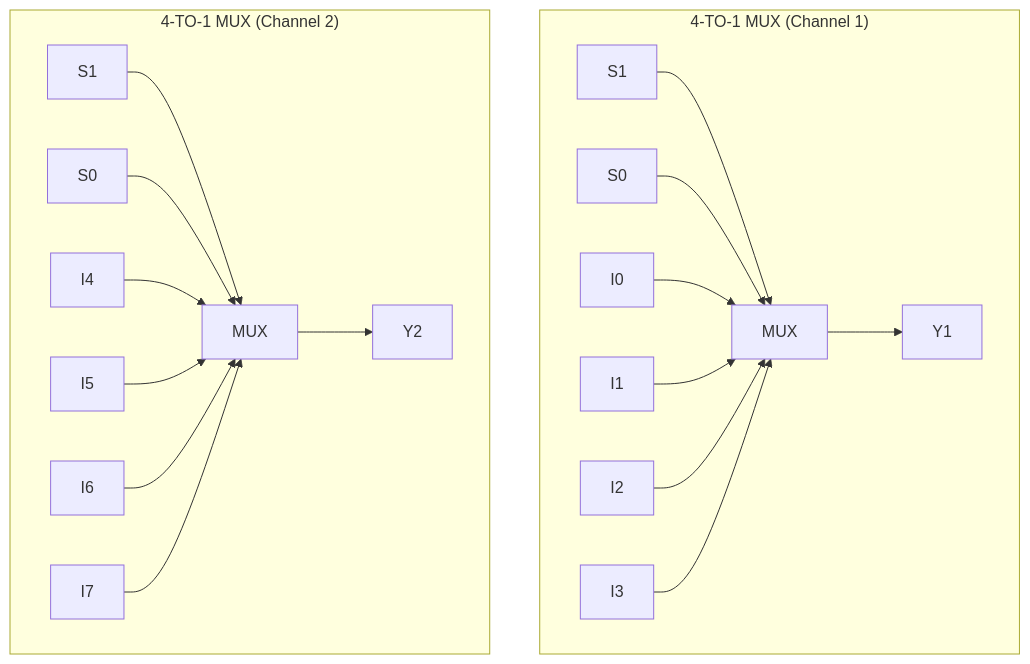
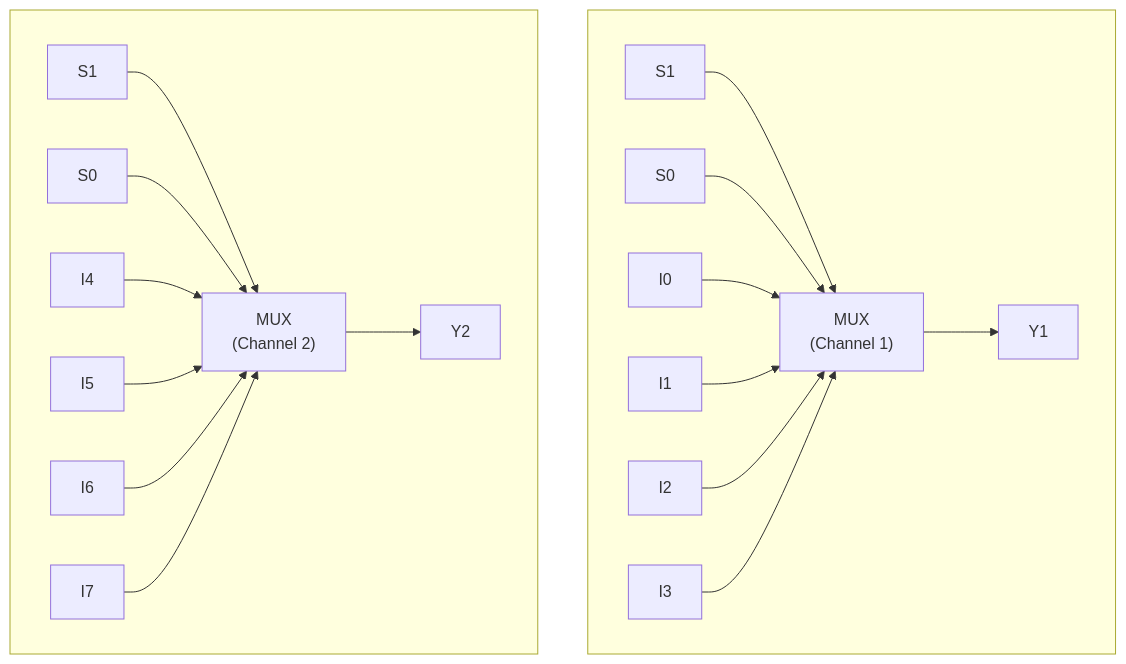
Before and after one commit to setrar/microelectronics: the eighth of 9 diagrams in Components/discrete/Transistors/kit/HomeDepot/BlockDiagrams/README.md, drawn with Mermaid.

````diff
--- a/Components/discrete/Transistors/kit/HomeDepot/BlockDiagrams/README.md
+++ b/Components/discrete/Transistors/kit/HomeDepot/BlockDiagrams/README.md
@@ -275,24 +275,24 @@
 ```mermaid
 flowchart TD
     %% MUX 1 (Channel 1)
-    subgraph MUX1["4-TO-1 MUX (Channel 1)"]
-        S1_1[S1] --> M1[MUX]
+    subgraph MUX1[" "]
+        S1_1[S1] --> M1["MUX\n(Channel 1)"]
         S0_1[S0] --> M1
         I0 --> M1
         I1 --> M1
         I2 --> M1
         I3 --> M1
         M1 --> Y1[Y1]
     end
 
     %% MUX 2 (Channel 2)
-    subgraph MUX2["4-TO-1 MUX (Channel 2)"]
-        S1_2[S1] --> M2[MUX]
+    subgraph MUX2[" "]
+        S1_2[S1] --> M2["MUX\n(Channel 2)"]
         S0_2[S0] --> M2
         I4 --> M2
         I5 --> M2
         I6 --> M2
         I7 --> M2
         M2 --> Y2[Y2]
     end
 ```
````
